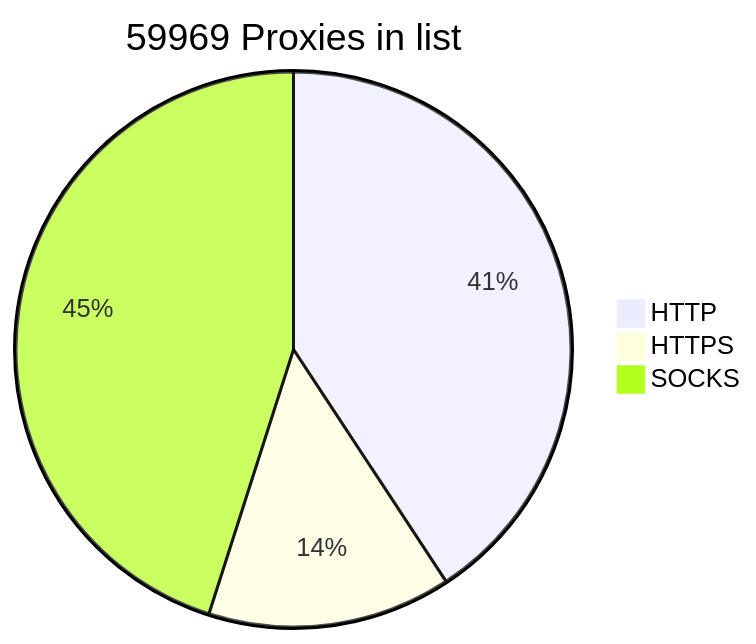
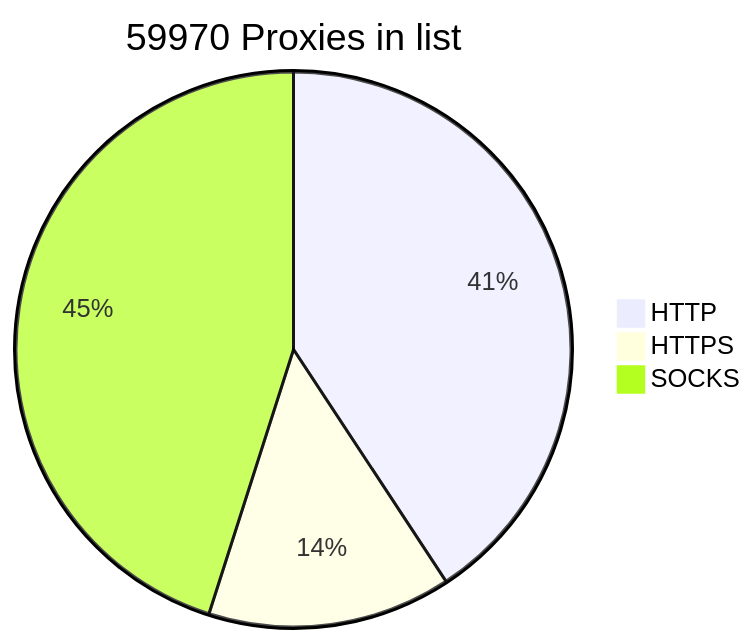
Before and after one commit to BlackSnowDot/proxylist-update-every-minute: the diagram in README.md, drawn with Mermaid.

````diff
--- a/README.md
+++ b/README.md
@@ -2,6 +2,6 @@
 ```mermaid
-pie title 59969 Proxies in list
+pie title 59970 Proxies in list
     "HTTP" : 27623
     "HTTPS": 9621
-    "SOCKS" : 30560
+    "SOCKS" : 30561
 ```
````
